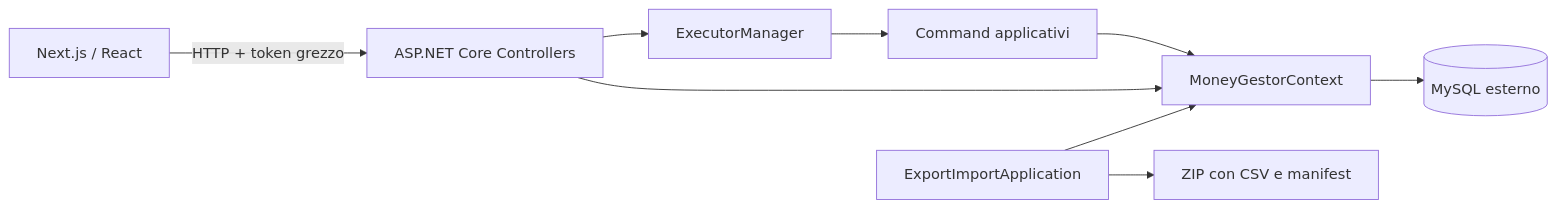
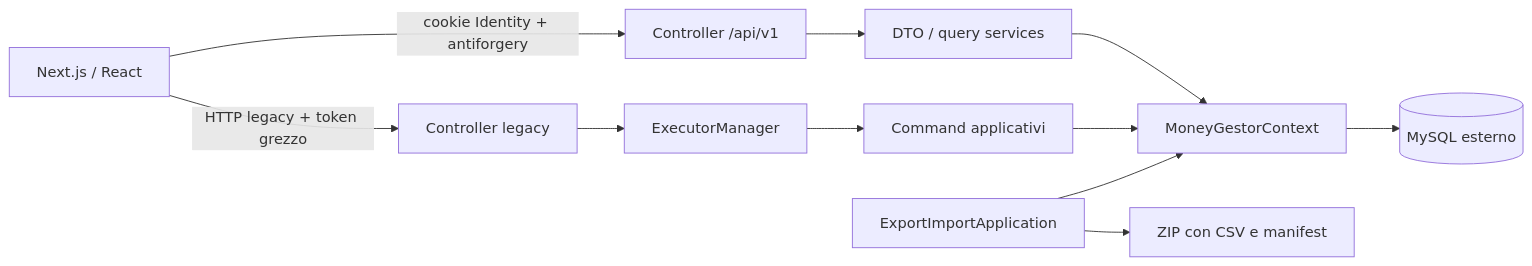
Before and after one commit to dadolaga/MoneyGestor: the first of 2 diagrams in docs/ARCHITECTURE.md, drawn with Mermaid. The commit also changed other lines of this file and 15 other files, not shown here.

````diff
--- a/docs/ARCHITECTURE.md
+++ b/docs/ARCHITECTURE.md
@@ -7,11 +7,13 @@
 ```mermaid
 flowchart LR
-    UI[Next.js / React] -->|HTTP + token grezzo| API[ASP.NET Core Controllers]
-    API --> EX[ExecutorManager]
+    UI[Next.js / React] -->|HTTP legacy + token grezzo| LEGACY[Controller legacy]
+    UI -->|cookie Identity + antiforgery| V1[Controller /api/v1]
+    LEGACY --> EX[ExecutorManager]
+    V1 --> APP[DTO / query services]
+    APP --> EF[MoneyGestorContext]
     EX --> CMD[Command applicativi]
     CMD --> EF[MoneyGestorContext]
-    API --> EF
     EF --> DB[(MySQL esterno)]
     CLI[ExportImportApplication] --> EF
     CLI --> ZIP[ZIP con CSV e manifest]
 ```
````
